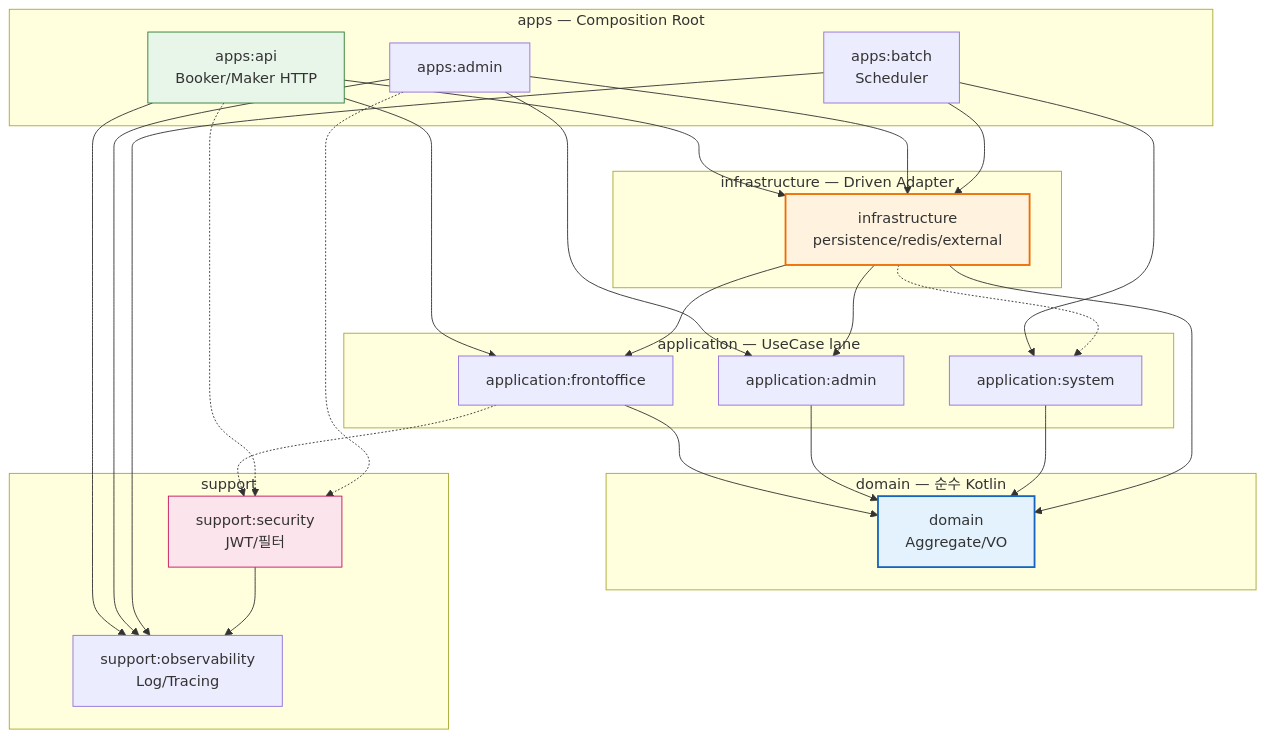
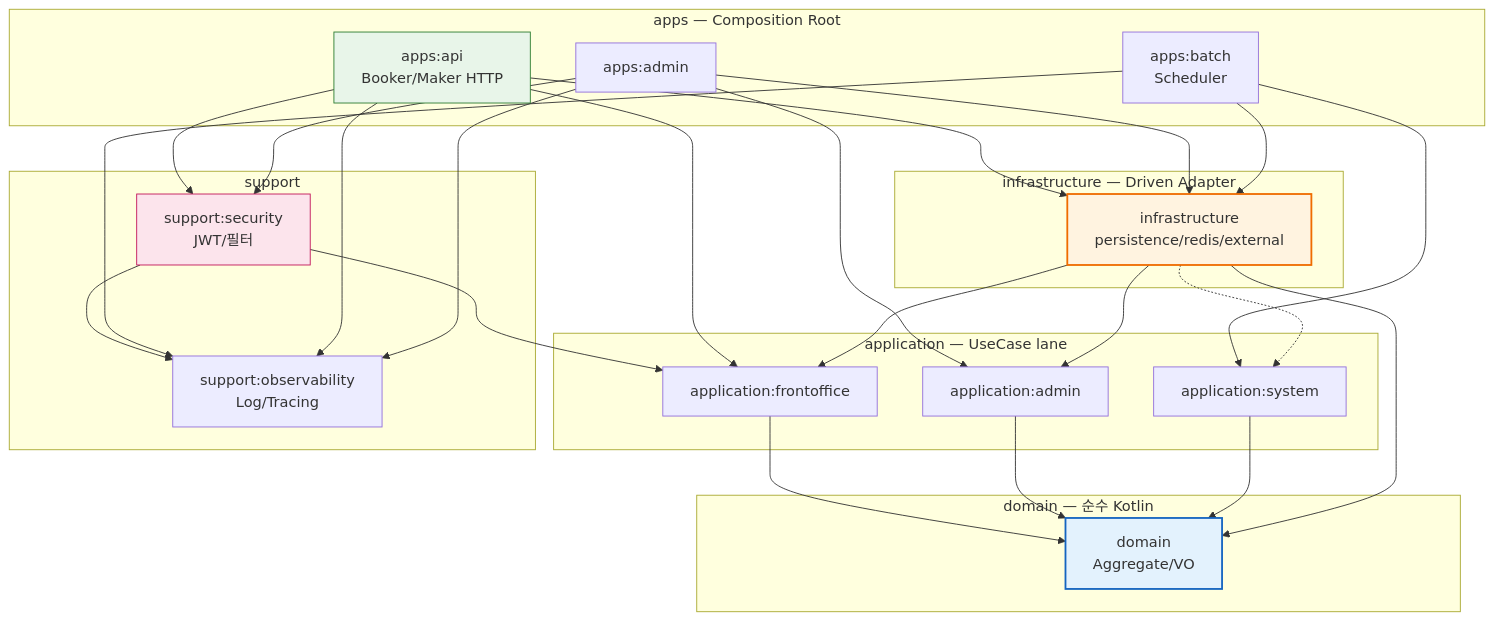
The diagram in docs/architecture/architecture.md (TEAM-BEAT/BEAT-SERVER), drawn with Mermaid before and after one commit. The commit also changed other lines of this file and 27 other files, not shown here.

First line of the commit message:
refactor: pure Clean Architecture — application owns security Ports, support:security implements

````diff
--- a/docs/architecture/architecture.md
+++ b/docs/architecture/architecture.md
@@ -80,49 +80,49 @@
 ```mermaid
 flowchart TB
     subgraph Runtime[apps — Composition Root]
       api[apps:api<br/>Booker/Maker HTTP]
       adminApi[apps:admin]
       batch[apps:batch<br/>Scheduler]
     end
     subgraph Application[application — UseCase lane]
       frontoffice[application:frontoffice]
       adminApp[application:admin]
       system[application:system]
     end
     subgraph Domain[domain — 순수 Kotlin]
       dom[domain<br/>Aggregate/VO]
     end
     subgraph Infra[infrastructure — Driven Adapter]
       infra[infrastructure<br/>persistence/redis/external]
     end
     subgraph Support[support]
       sec[support:security<br/>JWT/필터]
       obs[support:observability<br/>Log/Tracing]
     end
 
     api --> frontoffice
     adminApi --> adminApp
     batch --> system
     frontoffice --> dom
     adminApp --> dom
     system --> dom
     infra --> frontoffice
     infra --> adminApp
     infra -.-> system
     infra --> dom
+    sec --> frontoffice
+    sec --> obs
     api --> infra
     adminApi --> infra
     batch --> infra
+    api --> sec
+    adminApi --> sec
+    batch --> obs
     api --> obs
     adminApi --> obs
-    batch --> obs
-    sec --> obs
-    frontoffice -.-> sec
-    api -.-> sec
-    adminApi -.-> sec
 
     style dom fill:#e3f2fd,stroke:#1565c0,stroke-width:2px
     style infra fill:#fff3e0,stroke:#ef6c00,stroke-width:2px
     style api fill:#e8f5e9,stroke:#2e7d32
     style sec fill:#fce4ec,stroke:#c2185b
 ```
````
